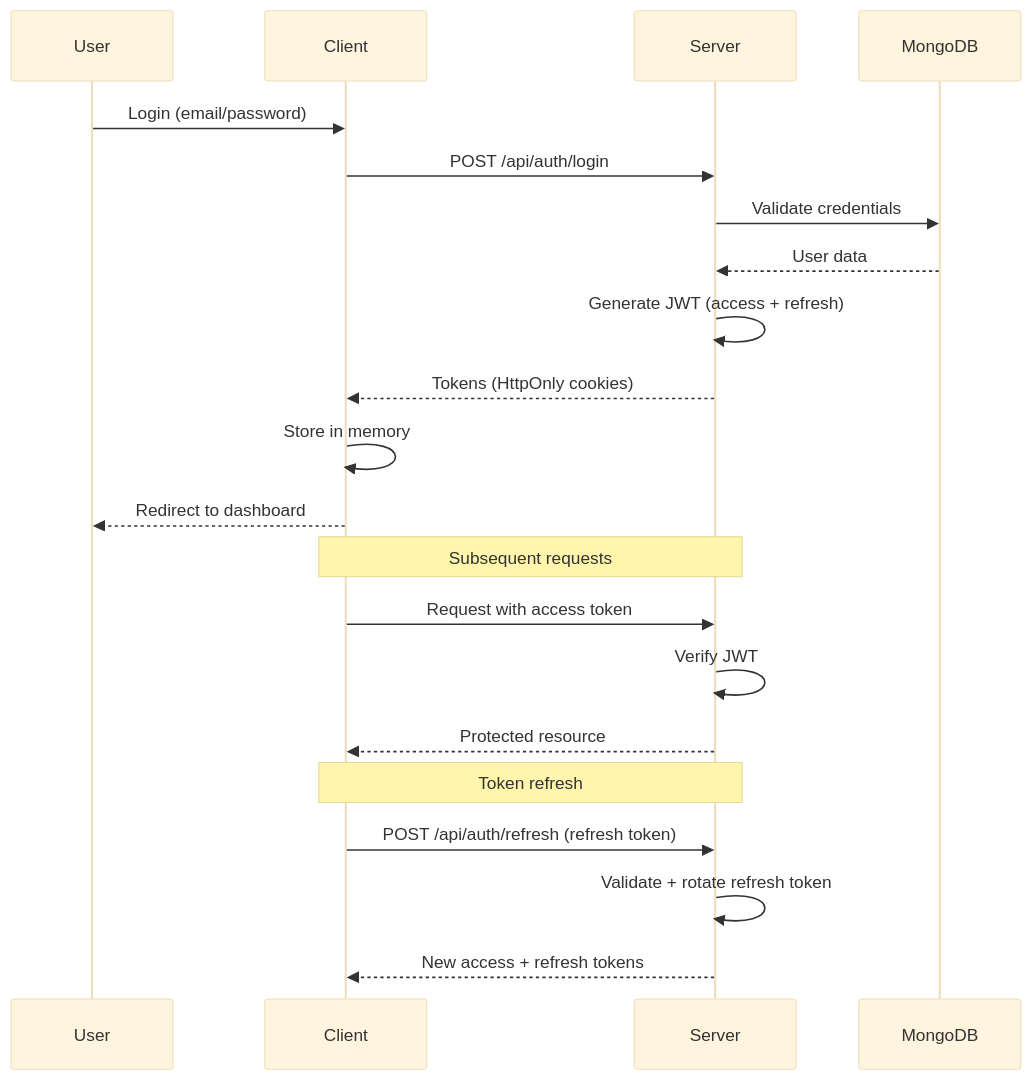
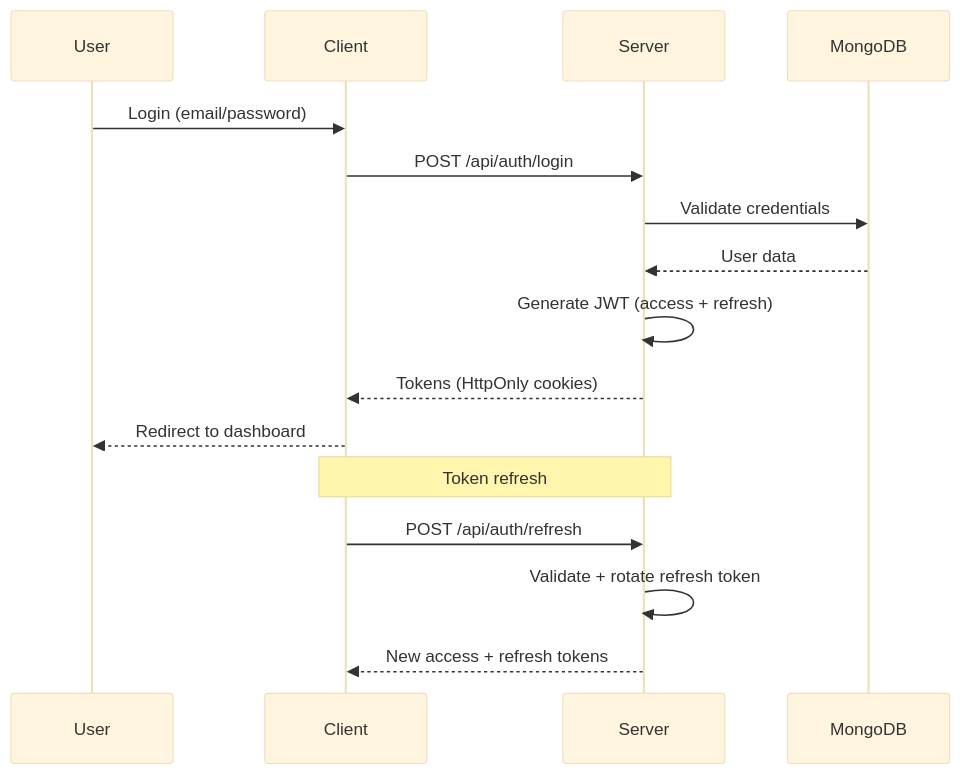
Before and after one commit to lodela/mini-clickup: the diagram in README.md, drawn with Mermaid (base theme). The commit also changed other lines of this file and 1 other file, not shown here.

````diff
--- a/README.md
+++ b/README.md
@@ -297,26 +384,20 @@
 ```mermaid
 sequenceDiagram
     participant User
     participant Client
     participant Server
     participant MongoDB
 
     User->>Client: Login (email/password)
     Client->>Server: POST /api/auth/login
     Server->>MongoDB: Validate credentials
     MongoDB-->>Server: User data
     Server->>Server: Generate JWT (access + refresh)
     Server-->>Client: Tokens (HttpOnly cookies)
-    Client->>Client: Store in memory
     Client-->>User: Redirect to dashboard
 
-    Note over Client,Server: Subsequent requests
-    Client->>Server: Request with access token
-    Server->>Server: Verify JWT
-    Server-->>Client: Protected resource
-
     Note over Client,Server: Token refresh
-    Client->>Server: POST /api/auth/refresh (refresh token)
+    Client->>Server: POST /api/auth/refresh
     Server->>Server: Validate + rotate refresh token
     Server-->>Client: New access + refresh tokens
 ```
````
